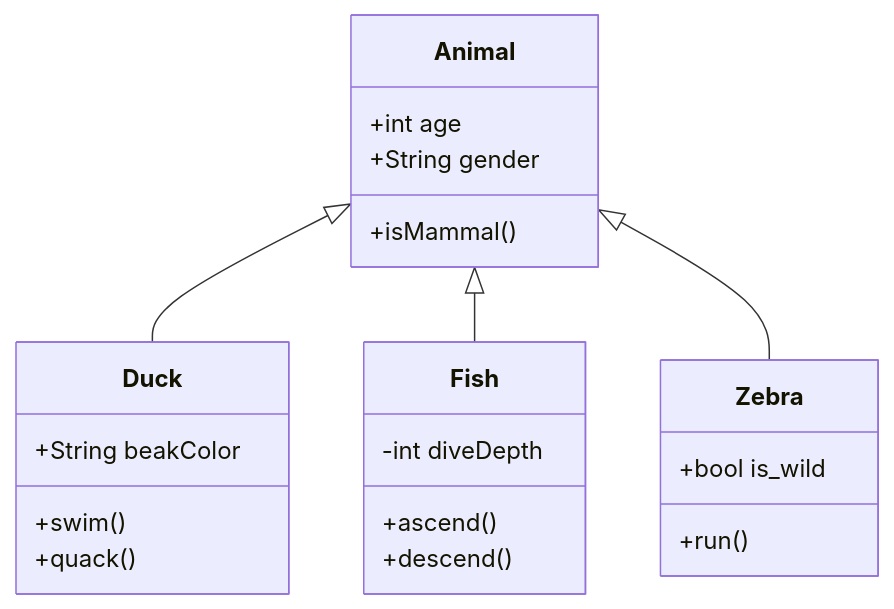
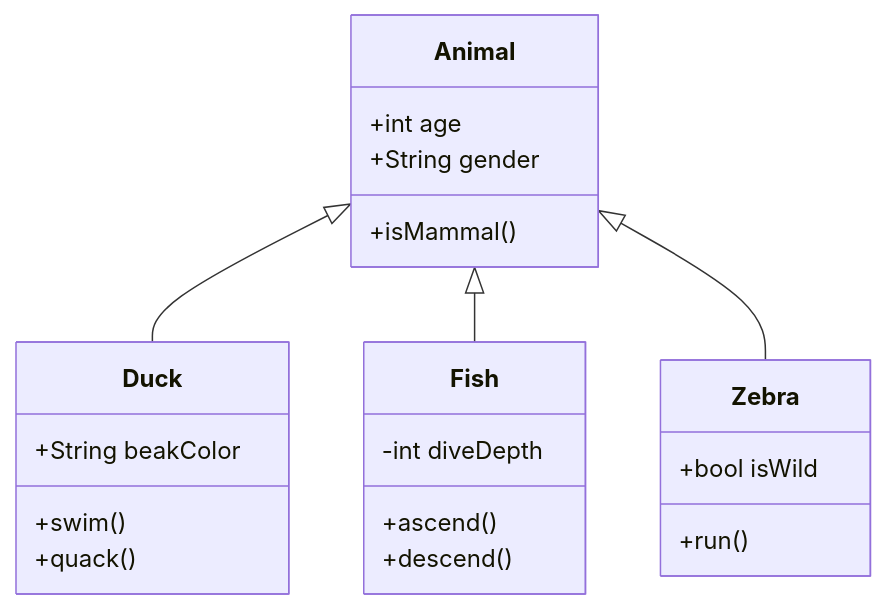
One commit to volkmann-design-code/IU-DSPWA1022-Programmierung-von-Web-Anwendungen changed the diagram in packages/slides/slides/00550-knowledge-challenge-uml.md. Above: the diagram before and after it, drawn with Mermaid. The commit also changed 1 other file, not shown here.

Commit message:
align diagrams with code samples

````diff
--- a/packages/slides/slides/00550-knowledge-challenge-uml.md
+++ b/packages/slides/slides/00550-knowledge-challenge-uml.md
@@ -7,26 +7,26 @@
 ```mermaid
 classDiagram
     Animal <|-- Duck
     Animal <|-- Fish
     Animal <|-- Zebra
     Animal : +int age
     Animal : +String gender
     Animal: +isMammal()
 
     class Duck{
       +String beakColor
       +swim()
       +quack()
     }
 
     class Fish{
       -int diveDepth
       +ascend()
       +descend()
     }
 
     class Zebra{
-      +bool is_wild
+      +bool isWild
       +run()
     }
 ```
````
